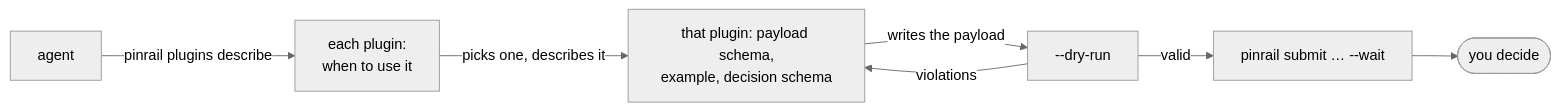
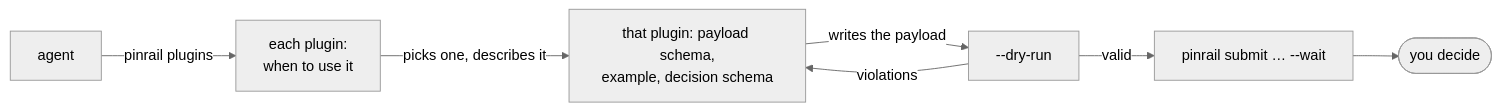
Before and after one commit to forgeplane/pinrail: the second of 2 diagrams in docs/concepts/plugins.md, drawn with Mermaid (neutral theme). The commit also changed other lines of this file and 12 other files, not shown here.

First line of the commit message:
Choose a plugin from pinrail plugins, and describe one plugin at a time

````diff
--- a/docs/concepts/plugins.md
+++ b/docs/concepts/plugins.md
@@ -43,9 +43,9 @@
 ```mermaid title="From an unknown set of plugins to a review in the inbox"
 flowchart LR
-  A["agent"] -->|"pinrail plugins describe"| I["each plugin:<br/>when to use it"]
+  A["agent"] -->|"pinrail plugins"| I["each plugin:<br/>when to use it"]
   I -->|"picks one, describes it"| D["that plugin: payload schema,<br/>example, decision schema"]
   D -->|"writes the payload"| C["--dry-run"]
   C -->|"violations"| D
   C -->|"valid"| S["pinrail submit … --wait"]
   S --> Y(["you decide"]):::you
 ```
````
